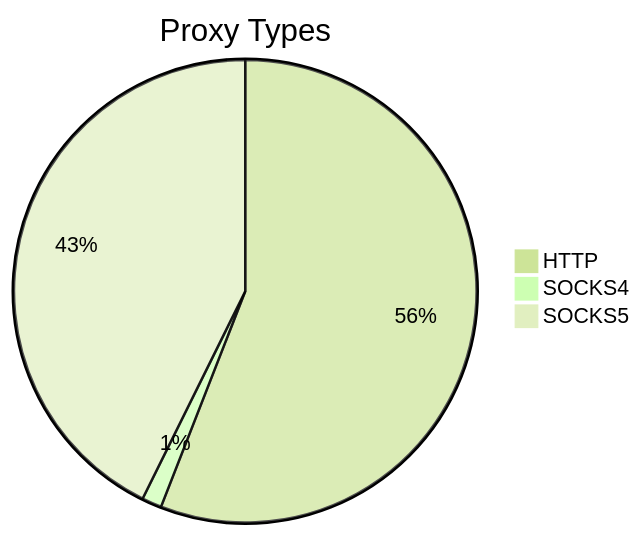
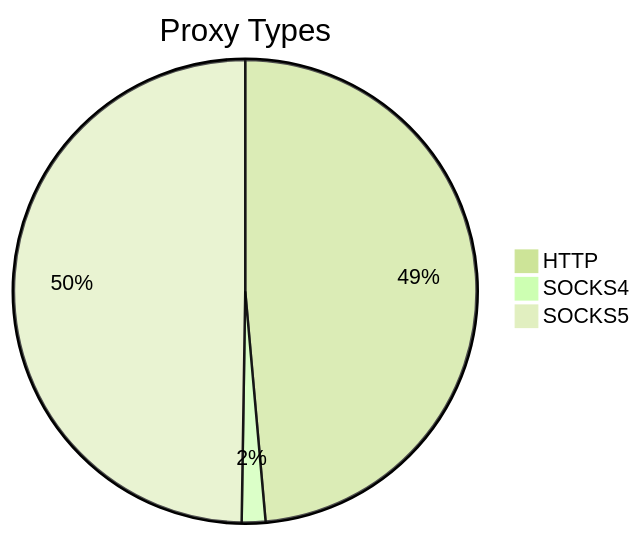
One commit to stormsia/proxy-list changed the first of 2 diagrams in README.md. Above: the diagram before and after it, drawn with Mermaid (forest theme). The commit also changed other lines of this file, not shown here.

````diff
--- a/README.md
+++ b/README.md
@@ -21,6 +21,6 @@
 ```mermaid
 pie title Proxy Types
-    "HTTP" : 283
-    "SOCKS4" : 7
-    "SOCKS5" : 216
+    "HTTP" : 294
+    "SOCKS4" : 10
+    "SOCKS5" : 301
 ```
````
